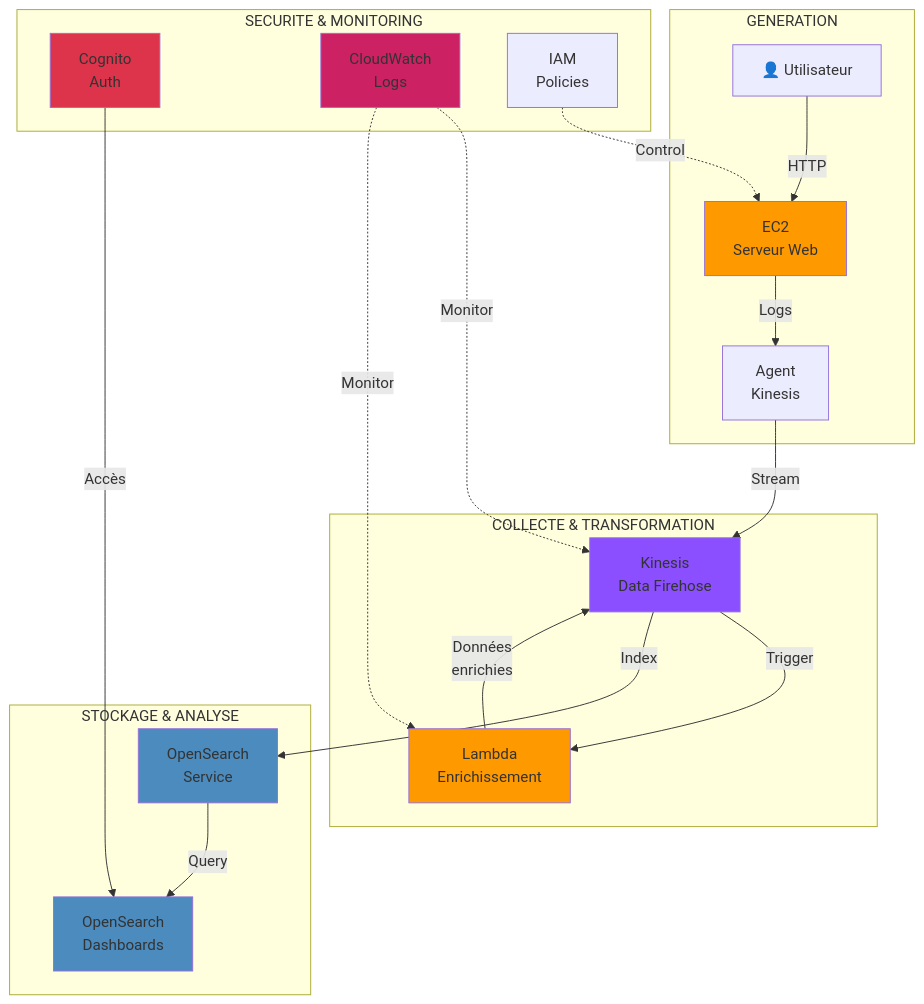
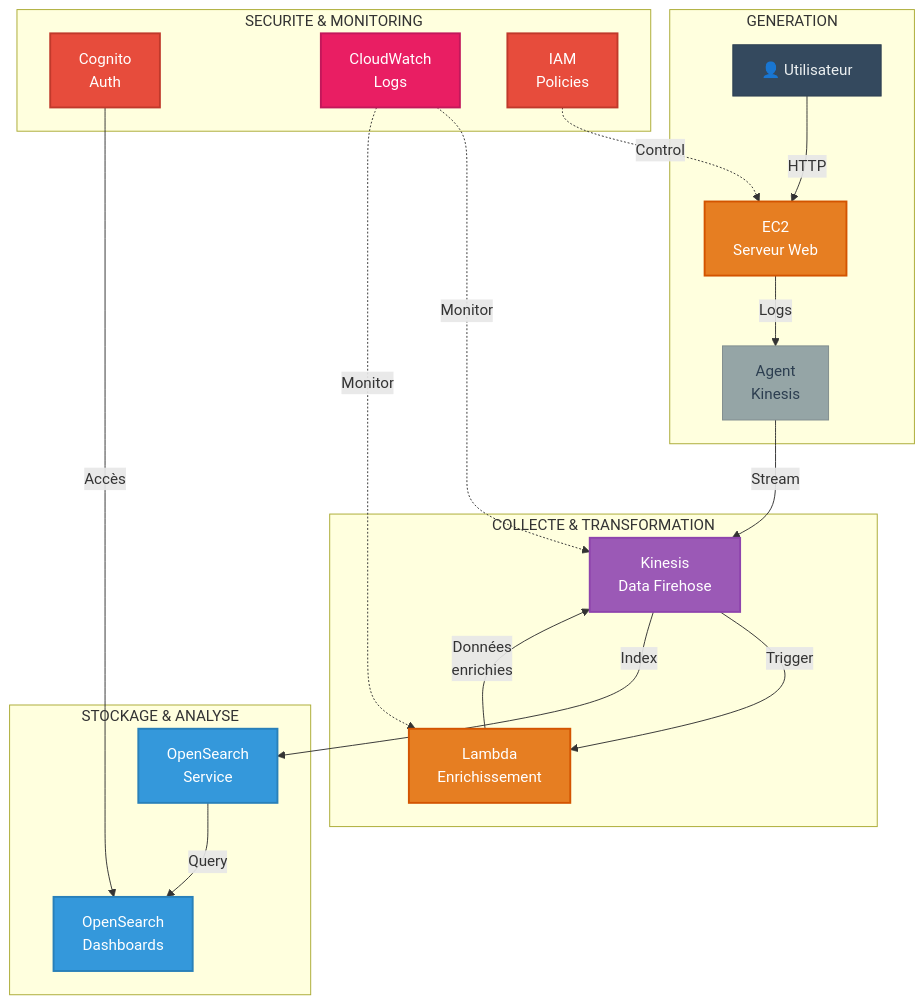
One commit to inskillflow/AWS-Streaming-Analytics-Pipeline-Kinesis-Firehose-Lambda-OpenSearch changed the third of 5 diagrams in FORMATION-PROFESSIONNELLE-PARTIE-1/01-COURS/MODULE-01-Architecture-Streaming-AWS.md. Above: the diagram before and after it, drawn with Mermaid. The commit also changed other lines of this file and 2 other files, not shown here.

````diff
--- a/FORMATION-PROFESSIONNELLE-PARTIE-1/01-COURS/MODULE-01-Architecture-Streaming-AWS.md
+++ b/FORMATION-PROFESSIONNELLE-PARTIE-1/01-COURS/MODULE-01-Architecture-Streaming-AWS.md
@@ -171,33 +171,36 @@
 ```mermaid
 flowchart TB
-    subgraph "GENERATION"
+    subgraph GENERATION["GENERATION"]
         U[👤 Utilisateur] -->|HTTP| EC2[EC2<br/>Serveur Web]
         EC2 -->|Logs| AG[Agent<br/>Kinesis]
     end
     
-    subgraph "COLLECTE & TRANSFORMATION"
+    subgraph TRANSFORMATION["COLLECTE & TRANSFORMATION"]
         AG -->|Stream| KDF[Kinesis<br/>Data Firehose]
         KDF -->|Trigger| L[Lambda<br/>Enrichissement]
         L -->|Données<br/>enrichies| KDF
     end
     
-    subgraph "STOCKAGE & ANALYSE"
+    subgraph STOCKAGE["STOCKAGE & ANALYSE"]
         KDF -->|Index| OS[OpenSearch<br/>Service]
         OS -->|Query| OSD[OpenSearch<br/>Dashboards]
     end
     
-    subgraph "SECURITE & MONITORING"
+    subgraph SECURITE["SECURITE & MONITORING"]
         COG[Cognito<br/>Auth] -->|Accès| OSD
         CW[CloudWatch<br/>Logs] -.->|Monitor| KDF
         CW -.->|Monitor| L
         IAM[IAM<br/>Policies] -.->|Control| EC2
     end
     
-    style EC2 fill:#ff9900
-    style KDF fill:#8c4fff
-    style L fill:#ff9900
-    style OS fill:#4b8bbe
-    style OSD fill:#4b8bbe
-    style COG fill:#dd344c
-    style CW fill:#cc2264
+    style U fill:#34495e,stroke:#2c3e50,color:#ecf0f1
+    style EC2 fill:#e67e22,stroke:#d35400,stroke-width:2px,color:#fff
+    style AG fill:#95a5a6,stroke:#7f8c8d,color:#2c3e50
+    style KDF fill:#9b59b6,stroke:#8e44ad,stroke-width:2px,color:#fff
+    style L fill:#e67e22,stroke:#d35400,stroke-width:2px,color:#fff
+    style OS fill:#3498db,stroke:#2980b9,stroke-width:2px,color:#fff
+    style OSD fill:#3498db,stroke:#2980b9,stroke-width:2px,color:#fff
+    style COG fill:#e74c3c,stroke:#c0392b,stroke-width:2px,color:#fff
+    style CW fill:#e91e63,stroke:#c2185b,stroke-width:2px,color:#fff
+    style IAM fill:#e74c3c,stroke:#c0392b,stroke-width:2px,color:#fff
 ```
````
